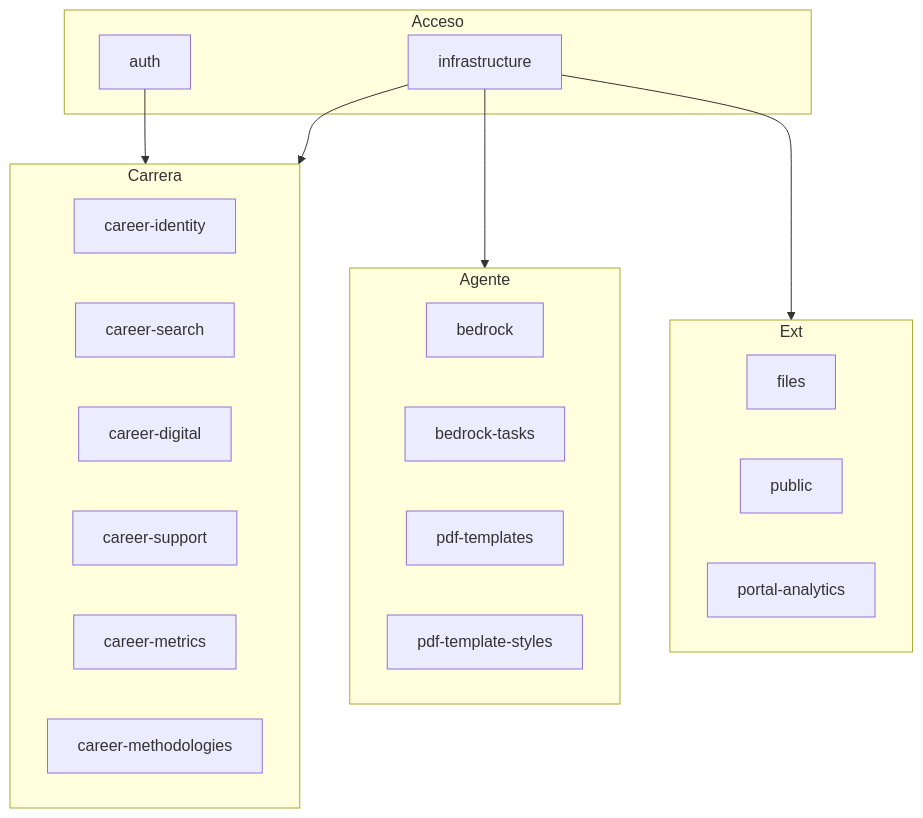
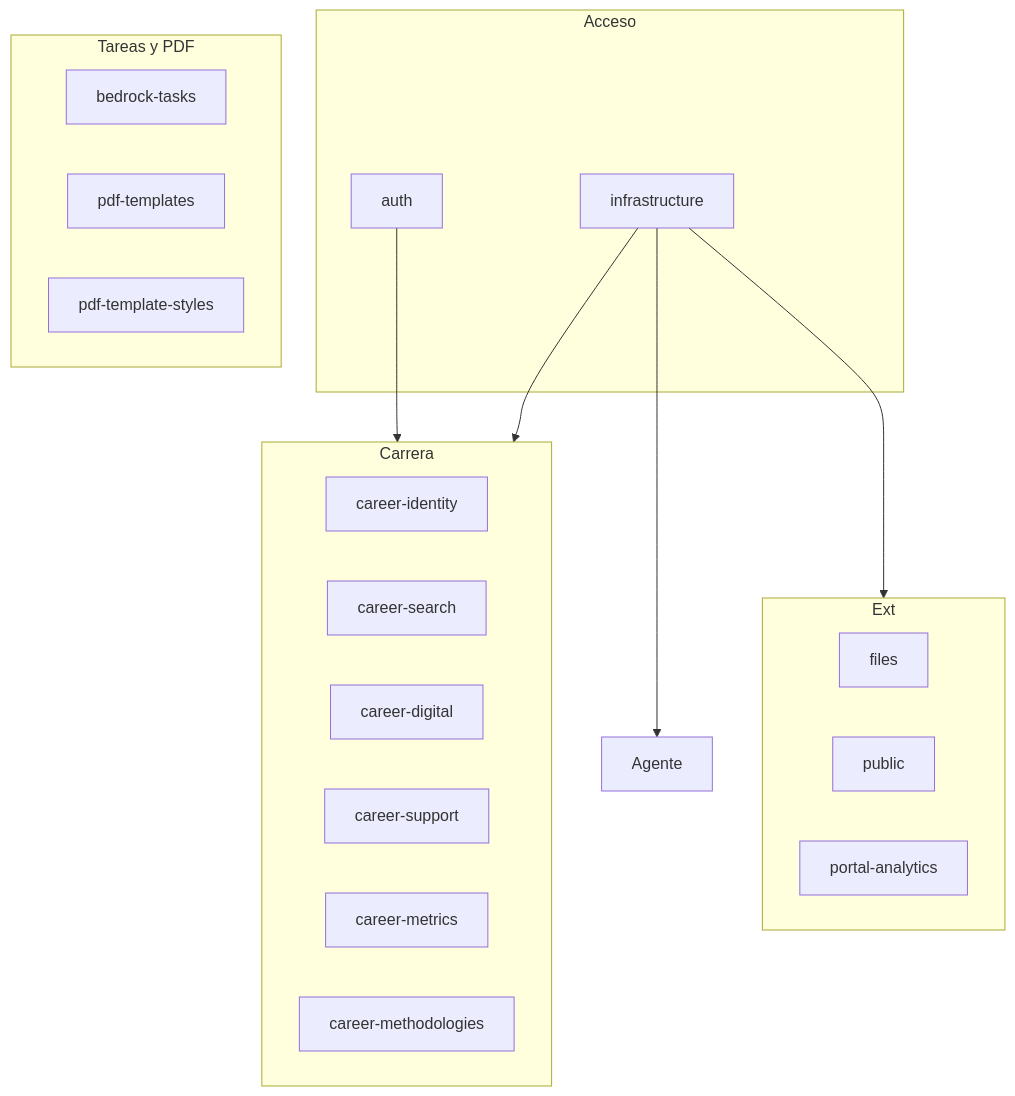
The diagram in cjhirashi-career-api/docs/sections/README.md (cjhirashi/cjhirashi-career), drawn with Mermaid before and after one commit. The commit also changed other lines of this file and 82 other files, not shown here.

````diff
--- a/cjhirashi-career-api/docs/sections/README.md
+++ b/cjhirashi-career-api/docs/sections/README.md
@@ -7,30 +7,29 @@
 ```mermaid
 flowchart TB
     subgraph Acceso
         Auth[auth]
         Infra[infrastructure]
     end
     subgraph Carrera
         Ident[career-identity]
         Search[career-search]
         Digital[career-digital]
         Support[career-support]
         Metrics[career-metrics]
         Methods[career-methodologies]
     end
-    subgraph Agente
-        Bedrock[bedrock]
+    subgraph Doc["Tareas y PDF"]
         Tasks[bedrock-tasks]
         PDF[pdf-templates]
         Styles[pdf-template-styles]
     end
     subgraph Ext
         Files[files]
         Public[public]
         PortalA[portal-analytics]
     end
     Auth --> Carrera
     Infra --> Carrera
     Infra --> Agente
     Infra --> Ext
 ```
````
